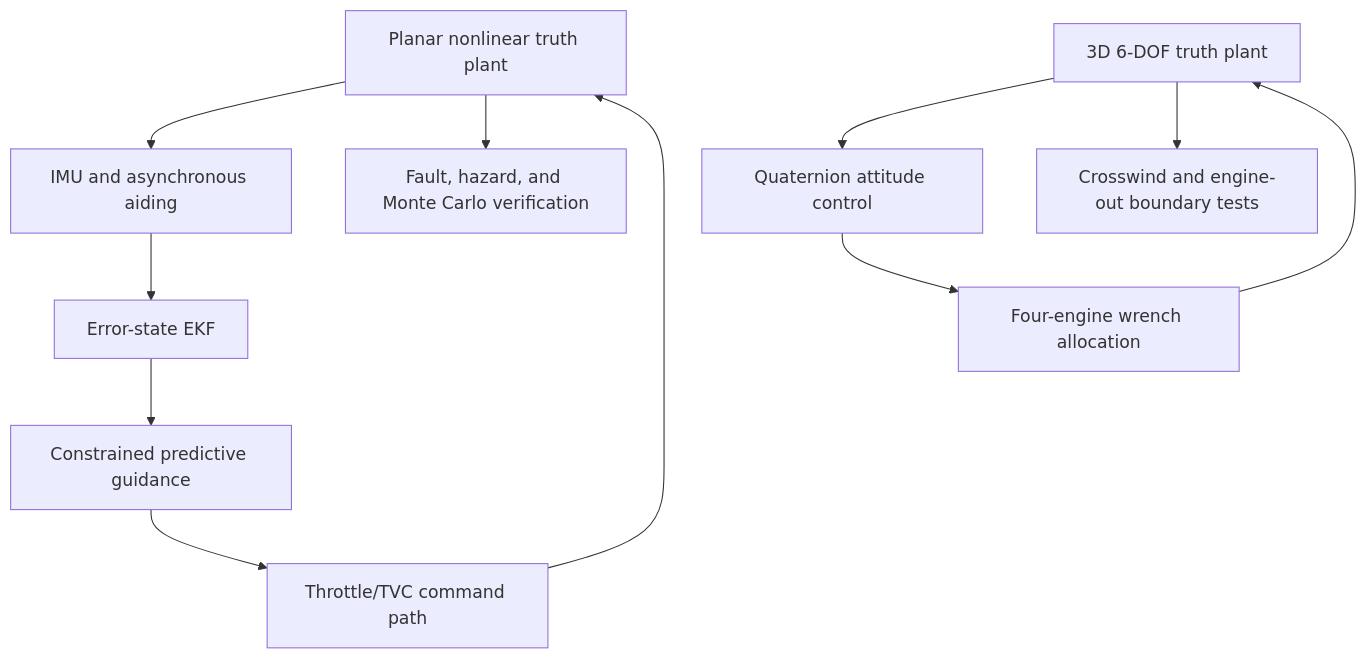
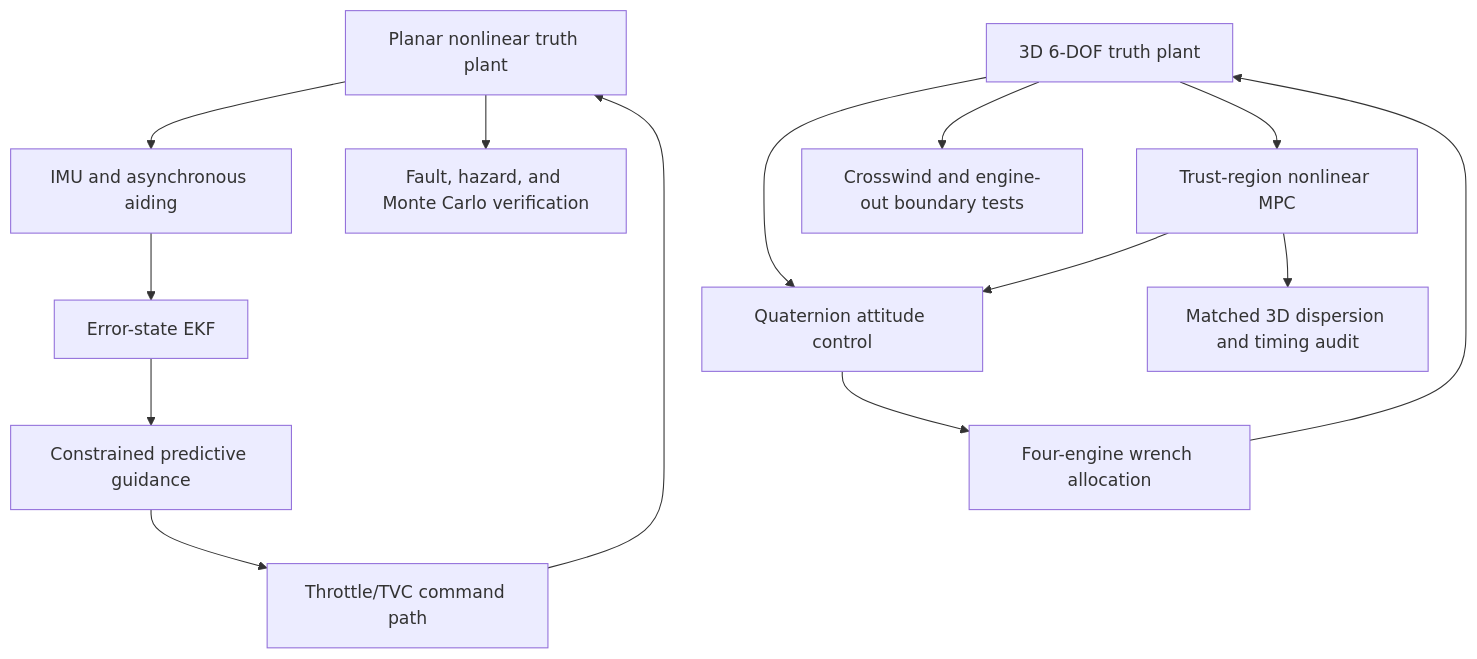
One commit to flashgari/autonomous-landing-gnc changed the diagram in README.md. Above: the diagram before and after it, drawn with Mermaid. The commit also changed other lines of this file and 25 other files, not shown here.

````diff
--- a/README.md
+++ b/README.md
@@ -63,13 +66,16 @@
 ```mermaid
 flowchart TB
     PLANAR["Planar nonlinear truth plant"] --> SENS["IMU and asynchronous aiding"]
     SENS --> EST["Error-state EKF"]
     EST --> GUID["Constrained predictive guidance"]
     GUID --> ACT["Throttle/TVC command path"]
     ACT --> PLANAR
     PLANAR --> MC["Fault, hazard, and Monte Carlo verification"]
     SIX["3D 6-DOF truth plant"] --> QCTRL["Quaternion attitude control"]
     QCTRL --> ALLOC["Four-engine wrench allocation"]
     ALLOC --> SIX
     SIX --> BOUND["Crosswind and engine-out boundary tests"]
+    SIX --> NMPC["Trust-region nonlinear MPC"]
+    NMPC --> QCTRL
+    NMPC --> MC3["Matched 3D dispersion and timing audit"]
 ```
````
